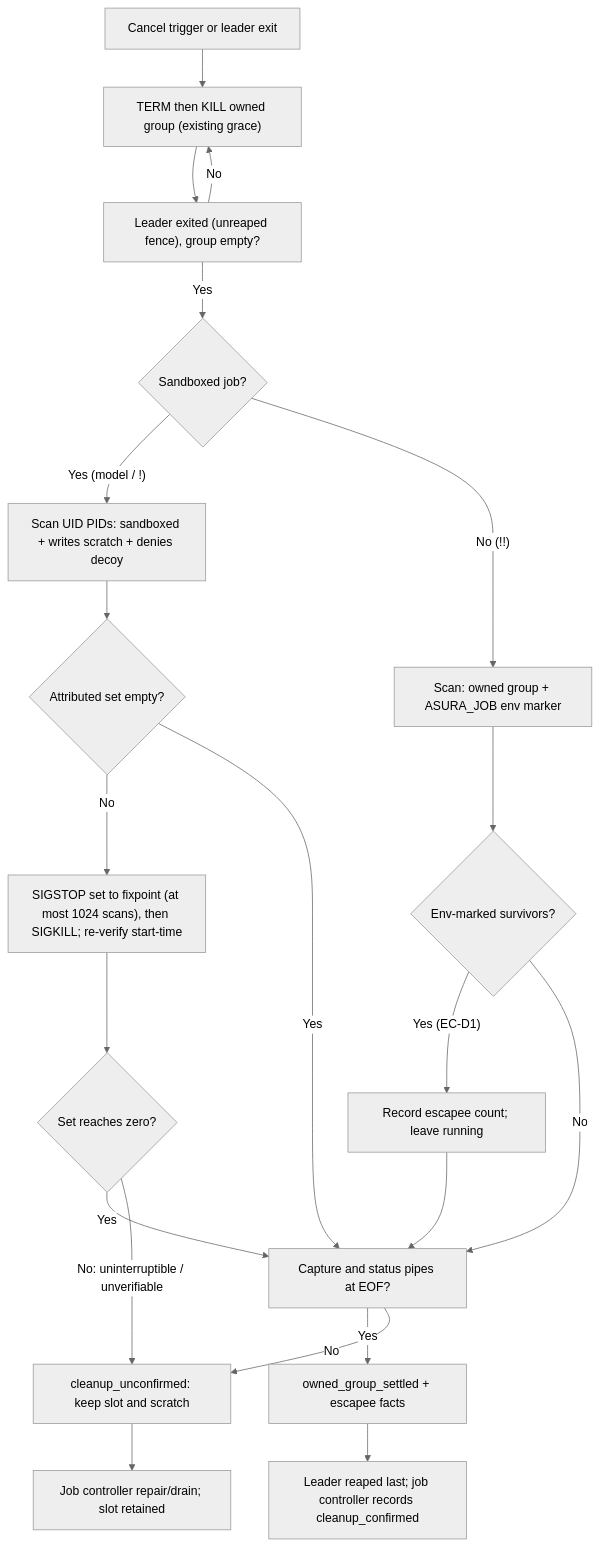
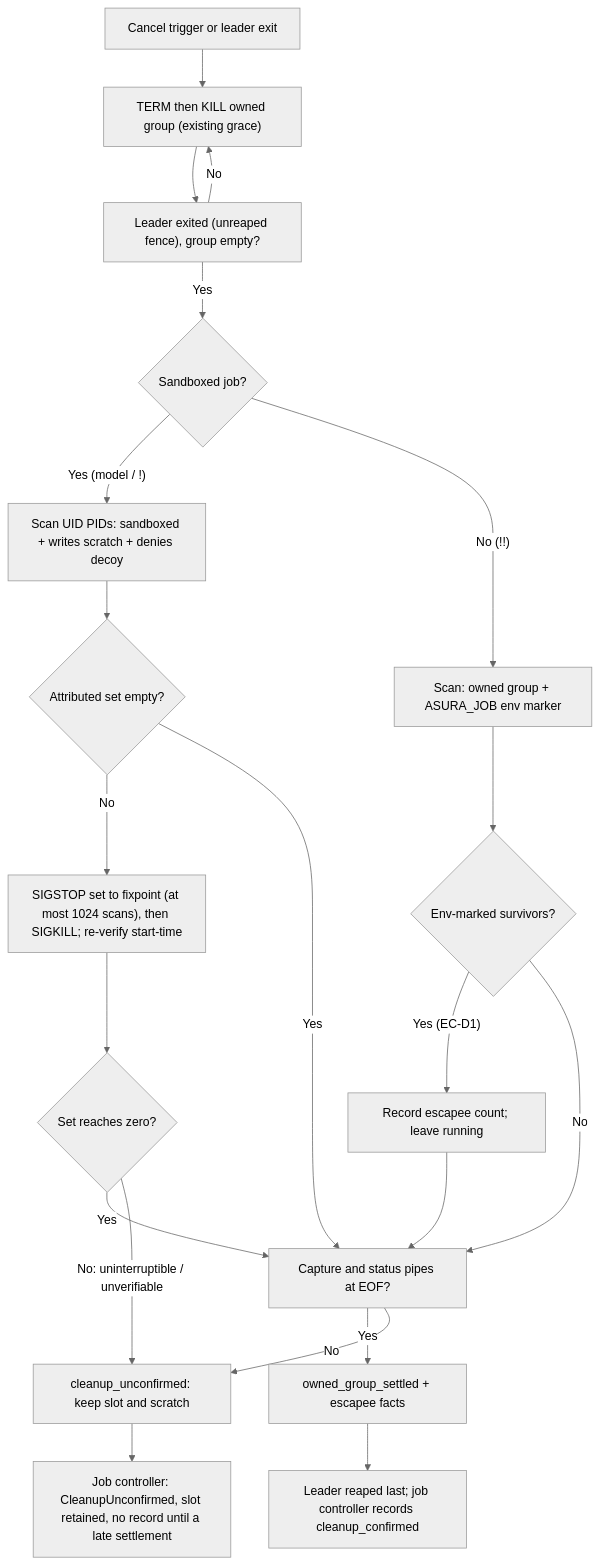
Before and after one commit to pidster/asura: the second of 3 diagrams in docs/designs/escapee-control.md, drawn with Mermaid (neutral theme). The commit also changed other lines of this file and 11 other files, not shown here.

First line of the commit message:
Design the J2 tool job controller core

````diff
--- a/docs/designs/escapee-control.md
+++ b/docs/designs/escapee-control.md
@@ -276,23 +276,23 @@
 ```mermaid
 flowchart TD
     Start["Cancel trigger or leader exit"] --> Group["TERM then KILL owned group (existing grace)"]
     Group --> Reaped["Leader exited (unreaped fence), group empty?"]
     Reaped -->|No| Group
     Reaped -->|Yes| Scan{"Sandboxed job?"}
     Scan -->|"Yes (model / !)"| Mark["Scan UID PIDs: sandboxed + writes scratch + denies decoy"]
     Scan -->|"No (!!)"| Env["Scan: owned group + ASURA_JOB env marker"]
     Mark --> Set{"Attributed set empty?"}
     Env --> EnvSet{"Env-marked survivors?"}
     Set -->|No| Freeze["SIGSTOP set to fixpoint (at most 1024 scans), then SIGKILL; re-verify start-time"]
     Freeze --> Verify{"Set reaches zero?"}
     Verify -->|Yes| EOF
     Verify -->|"No: uninterruptible / unverifiable"| Unconf["cleanup_unconfirmed: keep slot and scratch"]
     Set -->|Yes| EOF["Capture and status pipes at EOF?"]
     EnvSet -->|"Yes (EC-D1)"| ReportOut["Record escapee count; leave running"]
     EnvSet -->|No| EOF
     ReportOut --> EOF
     EOF -->|Yes| Settled["owned_group_settled + escapee facts"]
     EOF -->|No| Unconf
     Settled --> Done["Leader reaped last; job controller records cleanup_confirmed"]
-    Unconf --> Repair["Job controller repair/drain; slot retained"]
+    Unconf --> Repair["Job controller: CleanupUnconfirmed, slot retained, no record until a late settlement"]
 ```
````
